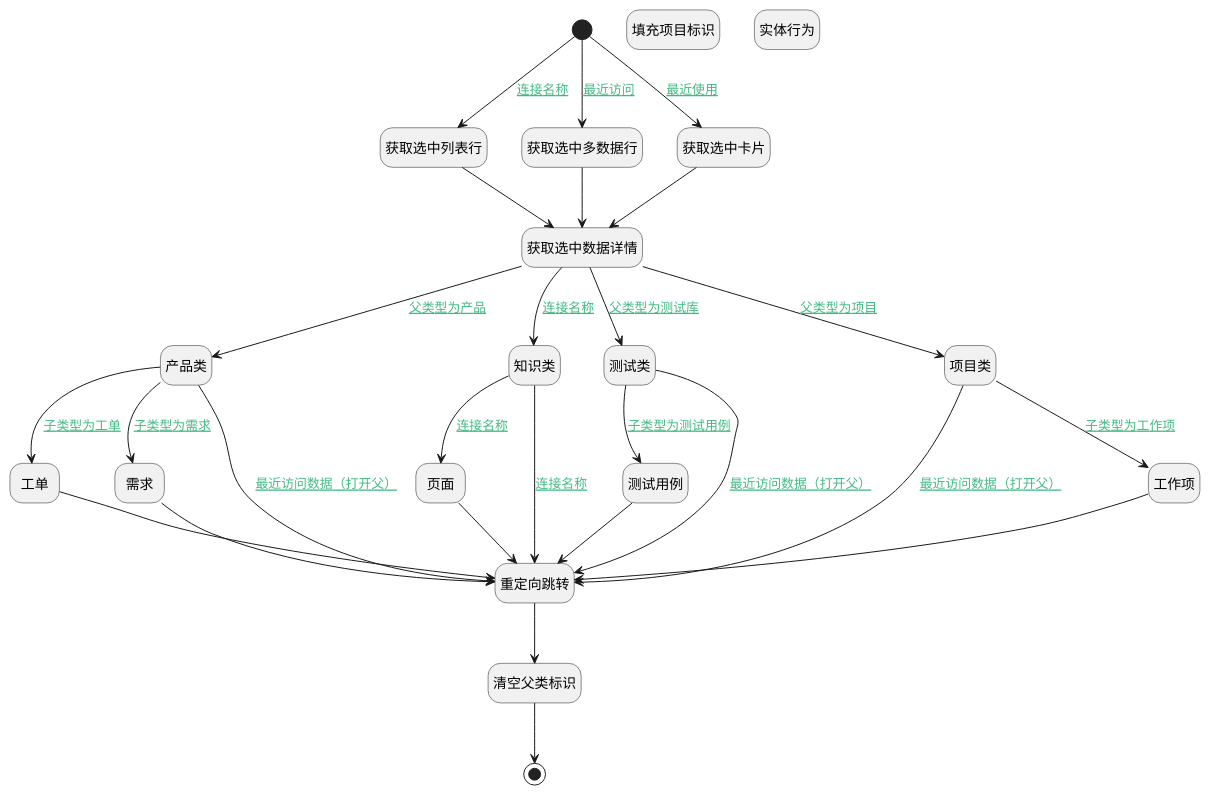
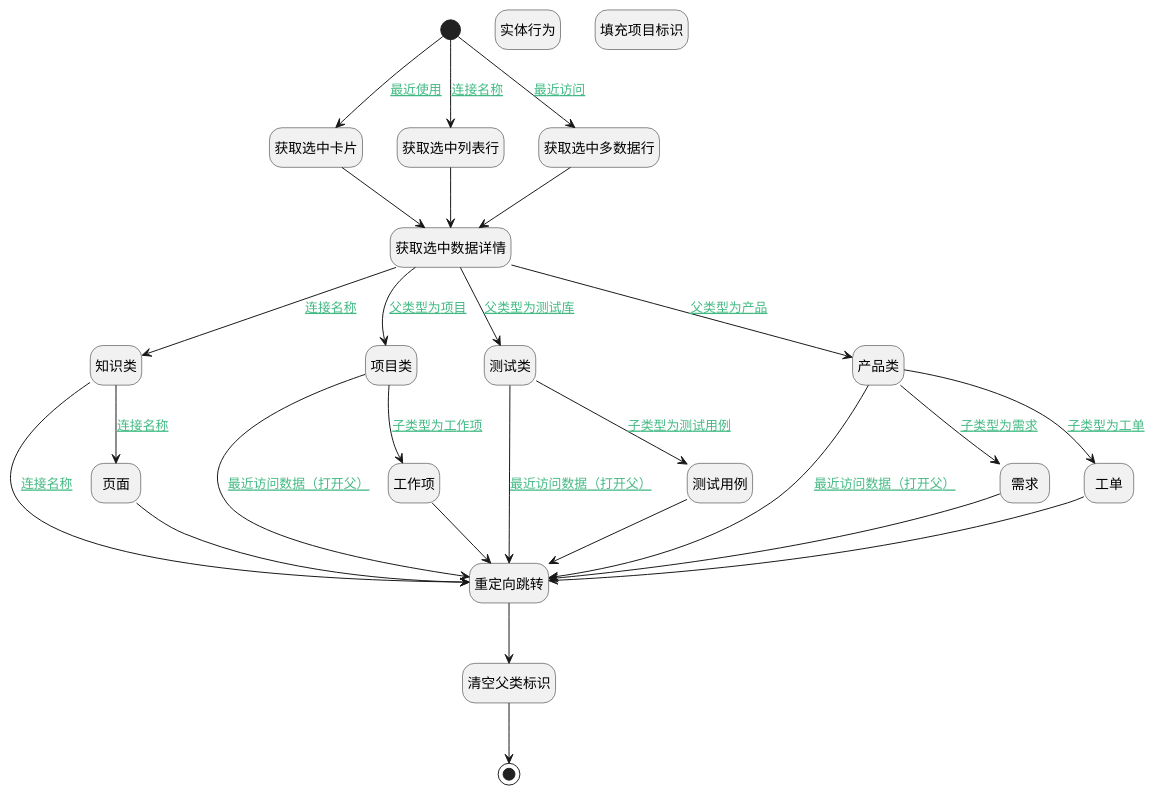
The diagram in doc/docsify/module/Base/recent/uilogic/mob_recent_jump_other_view.md (iBizLab/plm), drawn with PlantUML before and after one commit. The commit also changed other lines of this file and 2903 other files, not shown here.

````diff
--- a/doc/docsify/module/Base/recent/uilogic/mob_recent_jump_other_view.md
+++ b/doc/docsify/module/Base/recent/uilogic/mob_recent_jump_other_view.md
@@ -7,61 +7,61 @@
 ```plantuml
 @startuml
 hide footbox
 <style>
 root {
   HyperlinkColor #42b983
 }
 </style>
 
 hide empty description
 state "开始" as Begin <<start>> [[$./mob_recent_jump_other_view#begin {开始}]]
-state "产品类" as PREPAREJSPARAM3  [[$./mob_recent_jump_other_view#preparejsparam3 {产品类}]]
-state "页面" as PREPAREJSPARAM12  [[$./mob_recent_jump_other_view#preparejsparam12 {页面}]]
-state "获取选中列表行" as PREPAREJSPARAM14  [[$./mob_recent_jump_other_view#preparejsparam14 {获取选中列表行}]]
-state "知识类" as PREPAREJSPARAM11  [[$./mob_recent_jump_other_view#preparejsparam11 {知识类}]]
-state "填充项目标识" as PREPAREJSPARAM13  [[$./mob_recent_jump_other_view#preparejsparam13 {填充项目标识}]]
-state "工单" as PREPAREJSPARAM5  [[$./mob_recent_jump_other_view#preparejsparam5 {工单}]]
-state "获取选中多数据行" as PREPAREJSPARAM2  [[$./mob_recent_jump_other_view#preparejsparam2 {获取选中多数据行}]]
-state "测试类" as PREPAREJSPARAM8  [[$./mob_recent_jump_other_view#preparejsparam8 {测试类}]]
-state "项目类" as PREPAREJSPARAM6  [[$./mob_recent_jump_other_view#preparejsparam6 {项目类}]]
+state "实体行为" as DEACTION1  [[$./mob_recent_jump_other_view#deaction1 {实体行为}]]
 state "结束" as END1 <<end>> [[$./mob_recent_jump_other_view#end1 {结束}]]
-state "获取选中卡片" as PREPAREJSPARAM1  [[$./mob_recent_jump_other_view#preparejsparam1 {获取选中卡片}]]
+state "重定向跳转" as DEUIACTION1  [[$./mob_recent_jump_other_view#deuiaction1 {重定向跳转}]]
 state "测试用例" as PREPAREJSPARAM9  [[$./mob_recent_jump_other_view#preparejsparam9 {测试用例}]]
 state "获取选中数据详情" as RAWJSCODE1  [[$./mob_recent_jump_other_view#rawjscode1 {获取选中数据详情}]]
+state "填充项目标识" as PREPAREJSPARAM13  [[$./mob_recent_jump_other_view#preparejsparam13 {填充项目标识}]]
+state "页面" as PREPAREJSPARAM12  [[$./mob_recent_jump_other_view#preparejsparam12 {页面}]]
+state "知识类" as PREPAREJSPARAM11  [[$./mob_recent_jump_other_view#preparejsparam11 {知识类}]]
+state "项目类" as PREPAREJSPARAM6  [[$./mob_recent_jump_other_view#preparejsparam6 {项目类}]]
+state "获取选中卡片" as PREPAREJSPARAM1  [[$./mob_recent_jump_other_view#preparejsparam1 {获取选中卡片}]]
 state "清空父类标识" as PREPAREJSPARAM10  [[$./mob_recent_jump_other_view#preparejsparam10 {清空父类标识}]]
 state "需求" as PREPAREJSPARAM4  [[$./mob_recent_jump_other_view#preparejsparam4 {需求}]]
-state "重定向跳转" as DEUIACTION1  [[$./mob_recent_jump_other_view#deuiaction1 {重定向跳转}]]
+state "测试类" as PREPAREJSPARAM8  [[$./mob_recent_jump_other_view#preparejsparam8 {测试类}]]
+state "获取选中列表行" as PREPAREJSPARAM14  [[$./mob_recent_jump_other_view#preparejsparam14 {获取选中列表行}]]
 state "工作项" as PREPAREJSPARAM7  [[$./mob_recent_jump_other_view#preparejsparam7 {工作项}]]
-state "实体行为" as DEACTION1  [[$./mob_recent_jump_other_view#deaction1 {实体行为}]]
+state "获取选中多数据行" as PREPAREJSPARAM2  [[$./mob_recent_jump_other_view#preparejsparam2 {获取选中多数据行}]]
+state "工单" as PREPAREJSPARAM5  [[$./mob_recent_jump_other_view#preparejsparam5 {工单}]]
+state "产品类" as PREPAREJSPARAM3  [[$./mob_recent_jump_other_view#preparejsparam3 {产品类}]]
 
 
 Begin --> PREPAREJSPARAM1 : [[$./mob_recent_jump_other_view#begin-preparejsparam1{最近使用} 最近使用]]
 PREPAREJSPARAM1 --> RAWJSCODE1
 RAWJSCODE1 --> PREPAREJSPARAM3 : [[$./mob_recent_jump_other_view#rawjscode1-preparejsparam3{父类型为产品} 父类型为产品]]
 PREPAREJSPARAM3 --> DEUIACTION1 : [[$./mob_recent_jump_other_view#preparejsparam3-deuiaction1{最近访问数据（打开父）} 最近访问数据（打开父）]]
 DEUIACTION1 --> PREPAREJSPARAM10
 PREPAREJSPARAM10 --> END1
 PREPAREJSPARAM3 --> PREPAREJSPARAM4 : [[$./mob_recent_jump_other_view#preparejsparam3-preparejsparam4{子类型为需求} 子类型为需求]]
 PREPAREJSPARAM4 --> DEUIACTION1
 PREPAREJSPARAM3 --> PREPAREJSPARAM5 : [[$./mob_recent_jump_other_view#preparejsparam3-preparejsparam5{子类型为工单} 子类型为工单]]
 PREPAREJSPARAM5 --> DEUIACTION1
 RAWJSCODE1 --> PREPAREJSPARAM6 : [[$./mob_recent_jump_other_view#rawjscode1-preparejsparam6{父类型为项目} 父类型为项目]]
 PREPAREJSPARAM6 --> DEUIACTION1 : [[$./mob_recent_jump_other_view#preparejsparam6-deuiaction1{最近访问数据（打开父）} 最近访问数据（打开父）]]
 PREPAREJSPARAM6 --> PREPAREJSPARAM7 : [[$./mob_recent_jump_other_view#preparejsparam6-preparejsparam7{子类型为工作项} 子类型为工作项]]
 PREPAREJSPARAM7 --> DEUIACTION1
 RAWJSCODE1 --> PREPAREJSPARAM8 : [[$./mob_recent_jump_other_view#rawjscode1-preparejsparam8{父类型为测试库} 父类型为测试库]]
 PREPAREJSPARAM8 --> DEUIACTION1 : [[$./mob_recent_jump_other_view#preparejsparam8-deuiaction1{最近访问数据（打开父）} 最近访问数据（打开父）]]
 PREPAREJSPARAM8 --> PREPAREJSPARAM9 : [[$./mob_recent_jump_other_view#preparejsparam8-preparejsparam9{子类型为测试用例} 子类型为测试用例]]
 PREPAREJSPARAM9 --> DEUIACTION1
 RAWJSCODE1 --> PREPAREJSPARAM11 : [[$./mob_recent_jump_other_view#rawjscode1-preparejsparam11{连接名称} 连接名称]]
 PREPAREJSPARAM11 --> PREPAREJSPARAM12 : [[$./mob_recent_jump_other_view#preparejsparam11-preparejsparam12{连接名称} 连接名称]]
 PREPAREJSPARAM12 --> DEUIACTION1
 PREPAREJSPARAM11 --> DEUIACTION1 : [[$./mob_recent_jump_other_view#preparejsparam11-deuiaction1{连接名称} 连接名称]]
 Begin --> PREPAREJSPARAM2 : [[$./mob_recent_jump_other_view#begin-preparejsparam2{最近访问} 最近访问]]
 PREPAREJSPARAM2 --> RAWJSCODE1
 Begin --> PREPAREJSPARAM14 : [[$./mob_recent_jump_other_view#begin-preparejsparam14{连接名称} 连接名称]]
 PREPAREJSPARAM14 --> RAWJSCODE1
 
 
 @enduml
 ```
````
